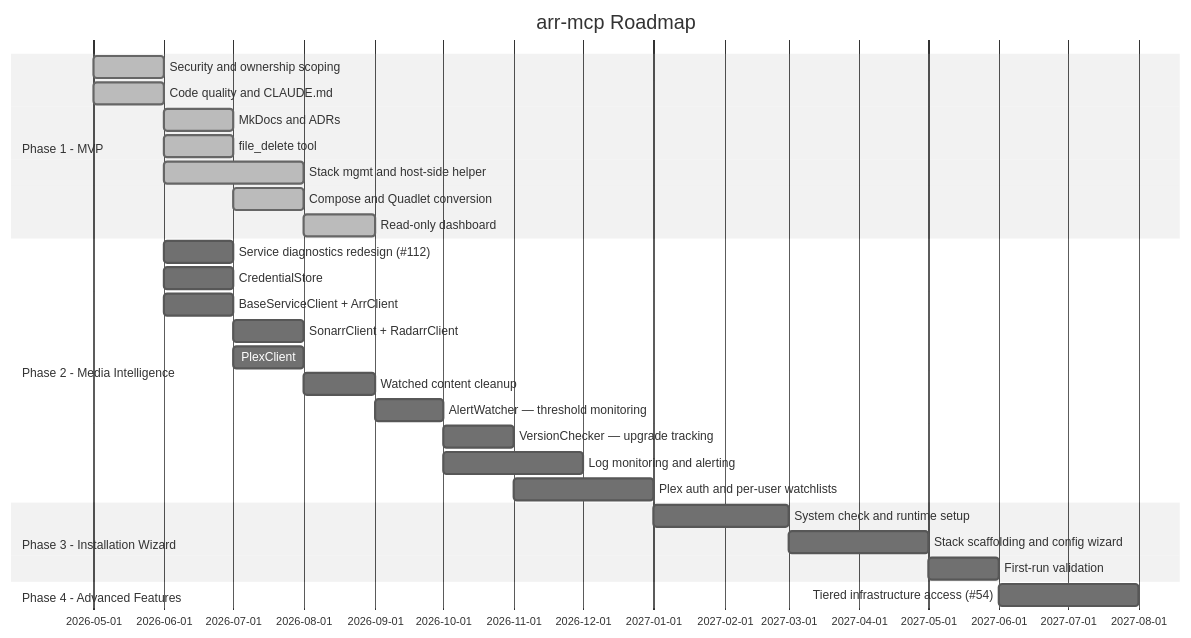
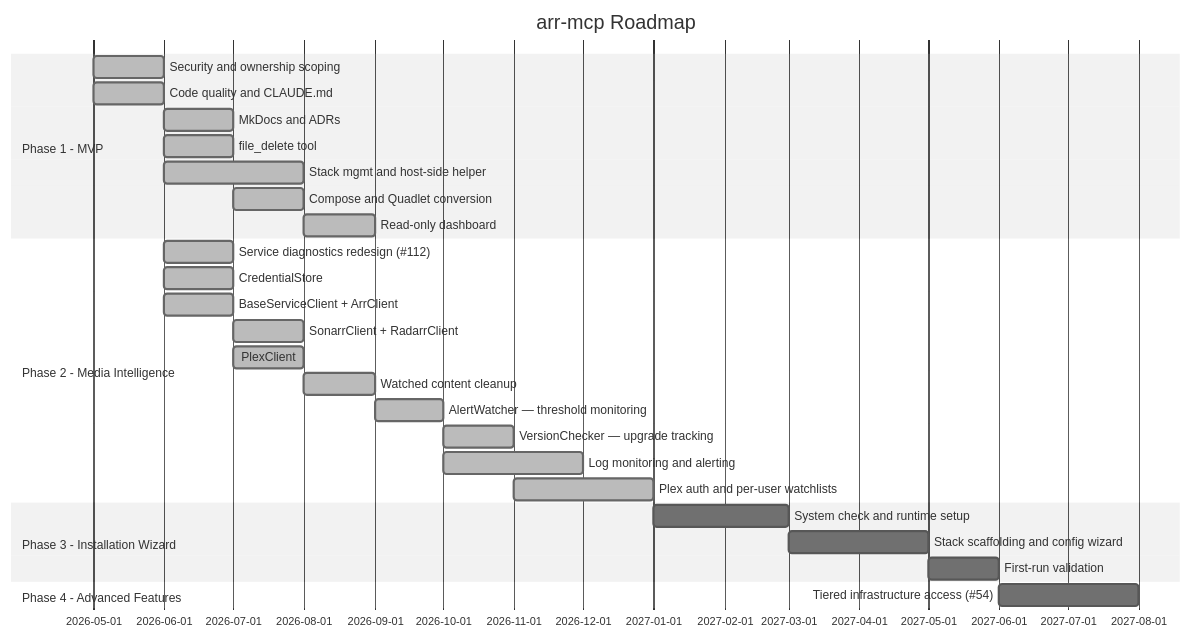
Before and after one commit to ryanbrinn/arr-mcp: the diagram in docs/roadmap.md, drawn with Mermaid (neutral theme). The commit also changed 46 other files, not shown here.

First line of the commit message:
feat: Phase 2 — Media Intelligence (service layer, dashboard, monitoring, Plex auth) (#136)

````diff
--- a/docs/roadmap.md
+++ b/docs/roadmap.md
@@ -11,32 +11,32 @@
 ```mermaid
 gantt
     title arr-mcp Roadmap
     dateFormat YYYY-MM
 
     section Phase 1 - MVP
         Security and ownership scoping          :done,    p1a, 2026-05, 2026-06
         Code quality and CLAUDE.md              :done,    p1b, 2026-05, 2026-06
         MkDocs and ADRs                         :done,    p1c, 2026-06, 2026-07
         file_delete tool                        :done,    p1d, 2026-06, 2026-07
         Stack mgmt and host-side helper         :done,    p1e, 2026-06, 2026-08
         Compose and Quadlet conversion          :done,    p1f, 2026-07, 2026-08
         Read-only dashboard                     :done,    p1g, 2026-08, 2026-09
     section Phase 2 - Media Intelligence
-        Service diagnostics redesign (#112)     :         p2z, 2026-06, 2026-07
-        CredentialStore                         :         p2a, 2026-06, 2026-07
-        BaseServiceClient + ArrClient           :         p2b, 2026-06, 2026-07
-        SonarrClient + RadarrClient             :         p2c, 2026-07, 2026-08
-        PlexClient                              :         p2d, 2026-07, 2026-08
-        Watched content cleanup                 :         p2e, 2026-08, 2026-09
-        AlertWatcher — threshold monitoring     :         p2f, 2026-09, 2026-10
-        VersionChecker — upgrade tracking       :         p2g, 2026-10, 2026-11
-        Log monitoring and alerting             :         p2h, 2026-10, 2026-12
-        Plex auth and per-user watchlists       :         p2i, 2026-11, 2027-01
+        Service diagnostics redesign (#112)     :done,    p2z, 2026-06, 2026-07
+        CredentialStore                         :done,    p2a, 2026-06, 2026-07
+        BaseServiceClient + ArrClient           :done,    p2b, 2026-06, 2026-07
+        SonarrClient + RadarrClient             :done,    p2c, 2026-07, 2026-08
+        PlexClient                              :done,    p2d, 2026-07, 2026-08
+        Watched content cleanup                 :done,    p2e, 2026-08, 2026-09
+        AlertWatcher — threshold monitoring     :done,    p2f, 2026-09, 2026-10
+        VersionChecker — upgrade tracking       :done,    p2g, 2026-10, 2026-11
+        Log monitoring and alerting             :done,    p2h, 2026-10, 2026-12
+        Plex auth and per-user watchlists       :done,    p2i, 2026-11, 2027-01
 
     section Phase 3 - Installation Wizard
         System check and runtime setup          :         p3a, 2027-01, 2027-03
         Stack scaffolding and config wizard     :         p3b, 2027-03, 2027-05
         First-run validation                    :         p3c, 2027-05, 2027-06
     section Phase 4 - Advanced Features
         Tiered infrastructure access (#54)      :         p4a, 2027-06, 2027-08
 ```
````
